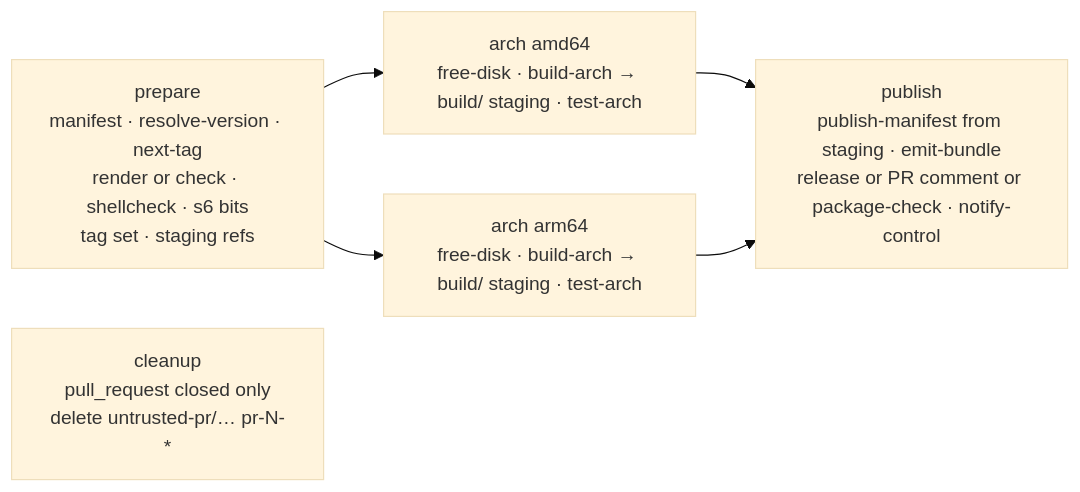
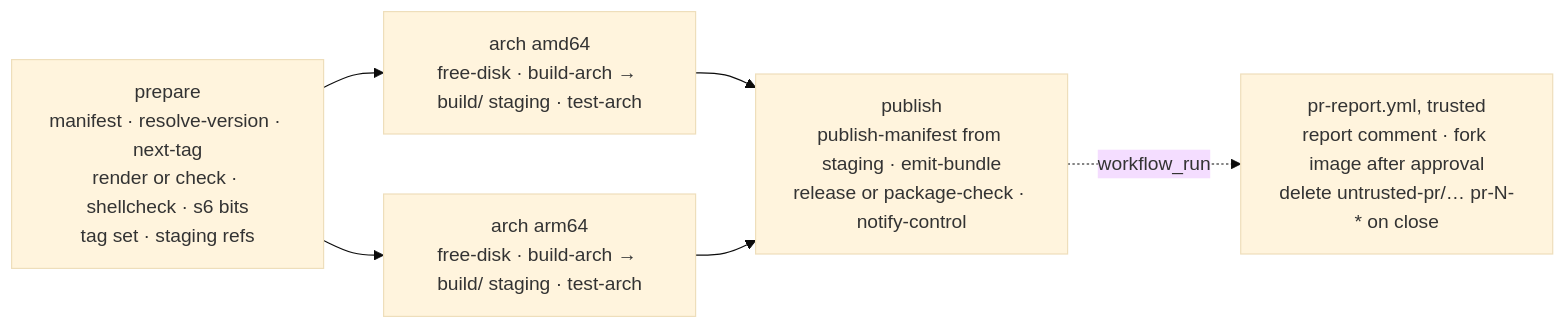
The diagram in README.md (linuxserver-playground/workflows), drawn with Mermaid (base theme) before and after one commit. The commit also changed other lines of this file and 13 other files, not shown here.

First line of the commit message:
Move pull request reporting into a trusted workflow

````diff
--- a/README.md
+++ b/README.md
@@ -30,8 +31,8 @@
 ```mermaid
 flowchart LR
   P[prepare<br/>manifest · resolve-version · next-tag<br/>render or check · shellcheck · s6 bits<br/>tag set · staging refs] --> A1[arch amd64<br/>free-disk · build-arch → build/ staging · test-arch]
   P --> A2[arch arm64<br/>free-disk · build-arch → build/ staging · test-arch]
-  A1 --> U[publish<br/>publish-manifest from staging · emit-bundle<br/>release or PR comment or package-check · notify-control]
+  A1 --> U[publish<br/>publish-manifest from staging · emit-bundle<br/>release or package-check · notify-control]
   A2 --> U
-  C[cleanup<br/>pull_request closed only<br/>delete untrusted-pr/… pr-N-*]
+  U -. workflow_run .-> R[pr-report.yml, trusted<br/>report comment · fork image after approval<br/>delete untrusted-pr/… pr-N-* on close]
 ```
````
